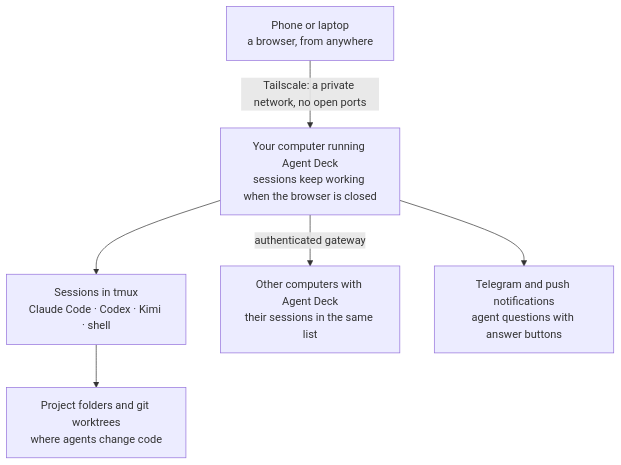
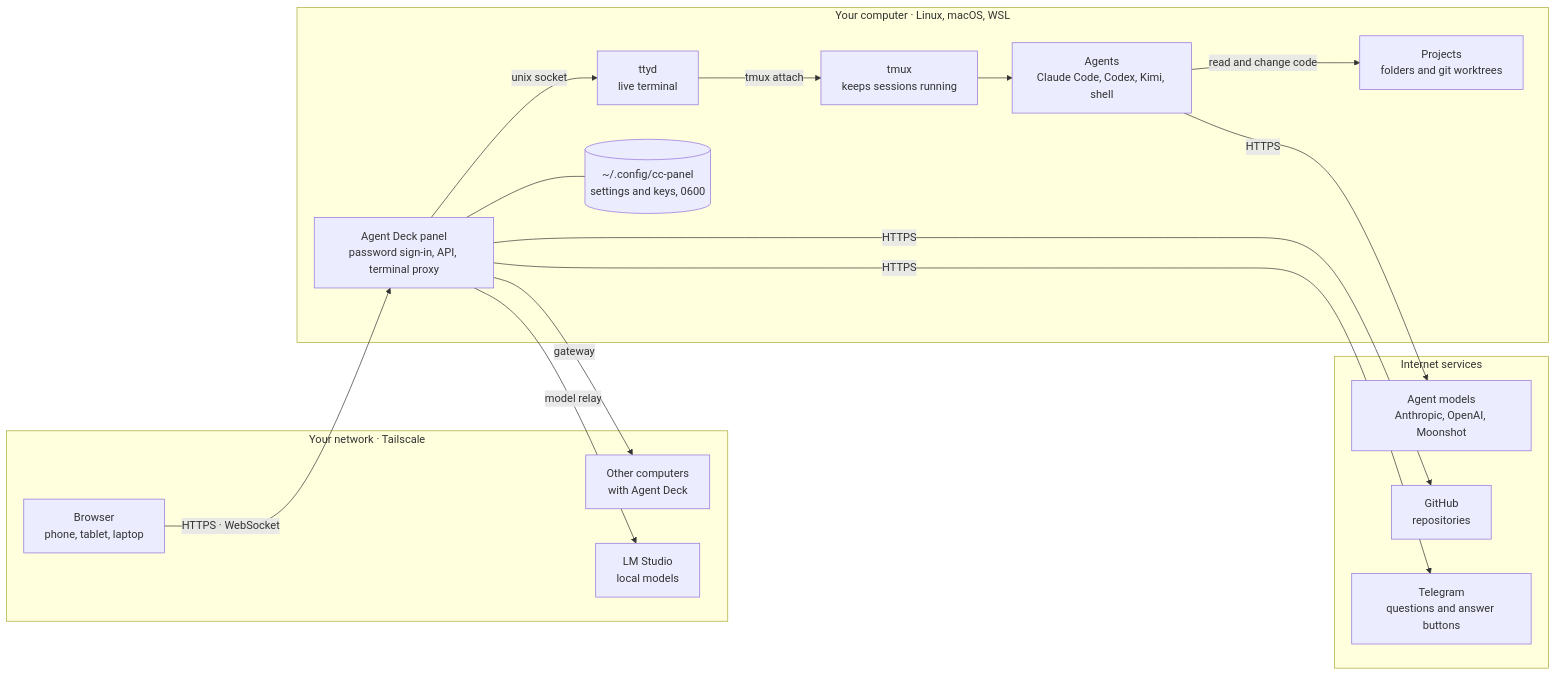
Before and after one commit to matacoder/agent-deck: the diagram in README.md, drawn with Mermaid. The commit also changed 22 other files, not shown here.

First line of the commit message:
Show How it works as an architecture diagram in the panel and the README

````diff
--- a/README.md
+++ b/README.md
@@ -20,8 +20,32 @@
 ```mermaid
-flowchart TD
-  B["Phone or laptop<br/>a browser, from anywhere"] -- "Tailscale: a private network, no open ports" --> P["Your computer running Agent Deck<br/>sessions keep working when the browser is closed"]
-  P --> S["Sessions in tmux<br/>Claude Code · Codex · Kimi · shell"]
-  S --> F["Project folders and git worktrees<br/>where agents change code"]
-  P -- "authenticated gateway" --> O["Other computers with Agent Deck<br/>their sessions in the same list"]
-  P --> T["Telegram and push notifications<br/>agent questions with answer buttons"]
+flowchart LR
+  subgraph NET["Your network · Tailscale"]
+    B["Browser<br/>phone, tablet, laptop"]
+    O["Other computers<br/>with Agent Deck"]
+    L["LM Studio<br/>local models"]
+  end
+  subgraph HOST["Your computer · Linux, macOS, WSL"]
+    P["Agent Deck panel<br/>password sign-in, API, terminal proxy"]
+    Y["ttyd<br/>live terminal"]
+    X["tmux<br/>keeps sessions running"]
+    A["Agents<br/>Claude Code, Codex, Kimi, shell"]
+    F["Projects<br/>folders and git worktrees"]
+    C[("~/.config/cc-panel<br/>settings and keys, 0600")]
+    P -- "unix socket" --> Y
+    Y -- "tmux attach" --> X
+    X --> A
+    A -- "read and change code" --> F
+    P --- C
+  end
+  subgraph WEB["Internet services"]
+    M["Agent models<br/>Anthropic, OpenAI, Moonshot"]
+    G["GitHub<br/>repositories"]
+    T["Telegram<br/>questions and answer buttons"]
+  end
+  B -- "HTTPS · WebSocket" --> P
+  P -- "gateway" --> O
+  P -- "model relay" --> L
+  A -- "HTTPS" --> M
+  P -- "HTTPS" --> G
+  P -- "HTTPS" --> T
 ```
````
